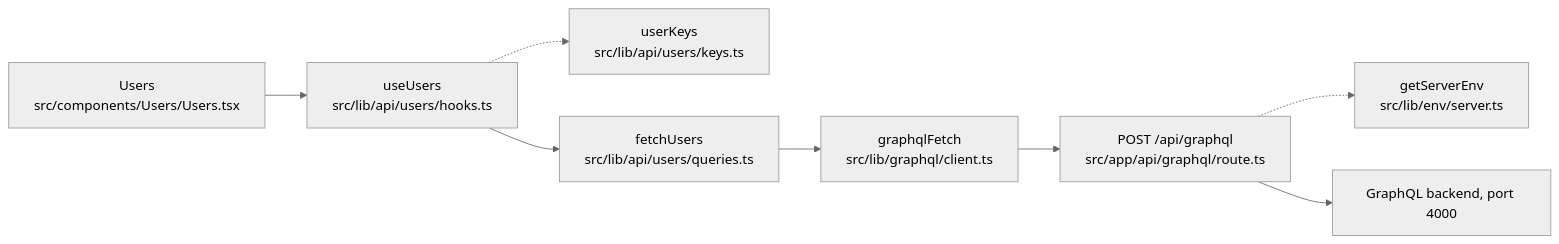
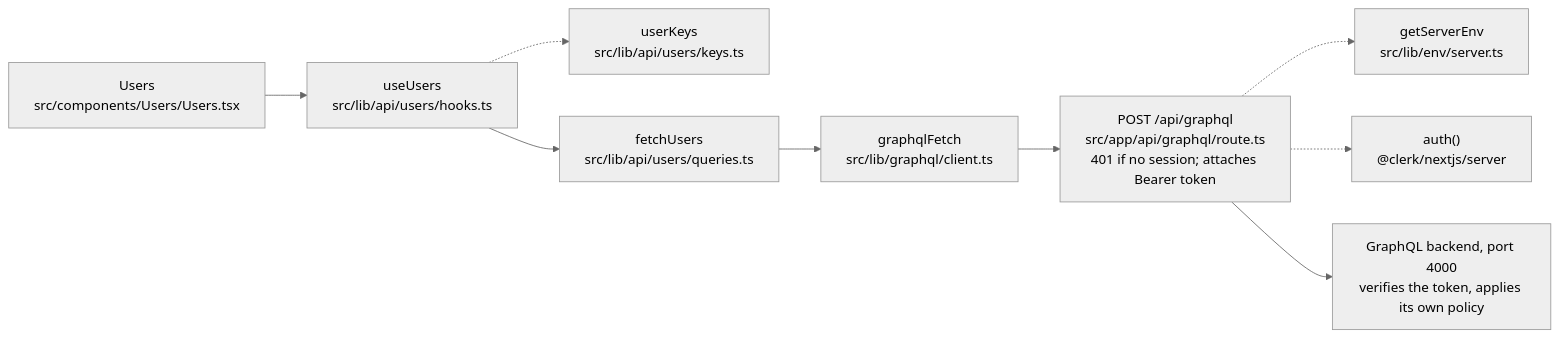
The third of 3 diagrams in docs/auth-component-flow.md (appliedpiper/nextjs-ts-template), drawn with Mermaid (neutral theme) before and after one commit. The commit also changed other lines of this file and 10 other files, not shown here.

Commit message:
Added Backend Token and Auth Management

````diff
--- a/docs/auth-component-flow.md
+++ b/docs/auth-component-flow.md
@@ -163,19 +163,21 @@
 ```mermaid
 flowchart LR
     U["Users<br/>src/components/Users/Users.tsx"]
     H["useUsers<br/>src/lib/api/users/hooks.ts"]
     K["userKeys<br/>src/lib/api/users/keys.ts"]
     Q["fetchUsers<br/>src/lib/api/users/queries.ts"]
     C["graphqlFetch<br/>src/lib/graphql/client.ts"]
-    R["POST /api/graphql<br/>src/app/api/graphql/route.ts"]
+    R["POST /api/graphql<br/>src/app/api/graphql/route.ts<br/>401 if no session; attaches Bearer token"]
     E["getServerEnv<br/>src/lib/env/server.ts"]
-    B["GraphQL backend, port 4000"]
+    A["auth()<br/>@clerk/nextjs/server"]
+    B["GraphQL backend, port 4000<br/>verifies the token, applies its own policy"]
 
     U --> H
     H -.-> K
     H --> Q
     Q --> C
     C --> R
     R -.-> E
+    R -.-> A
     R --> B
 ```
````
